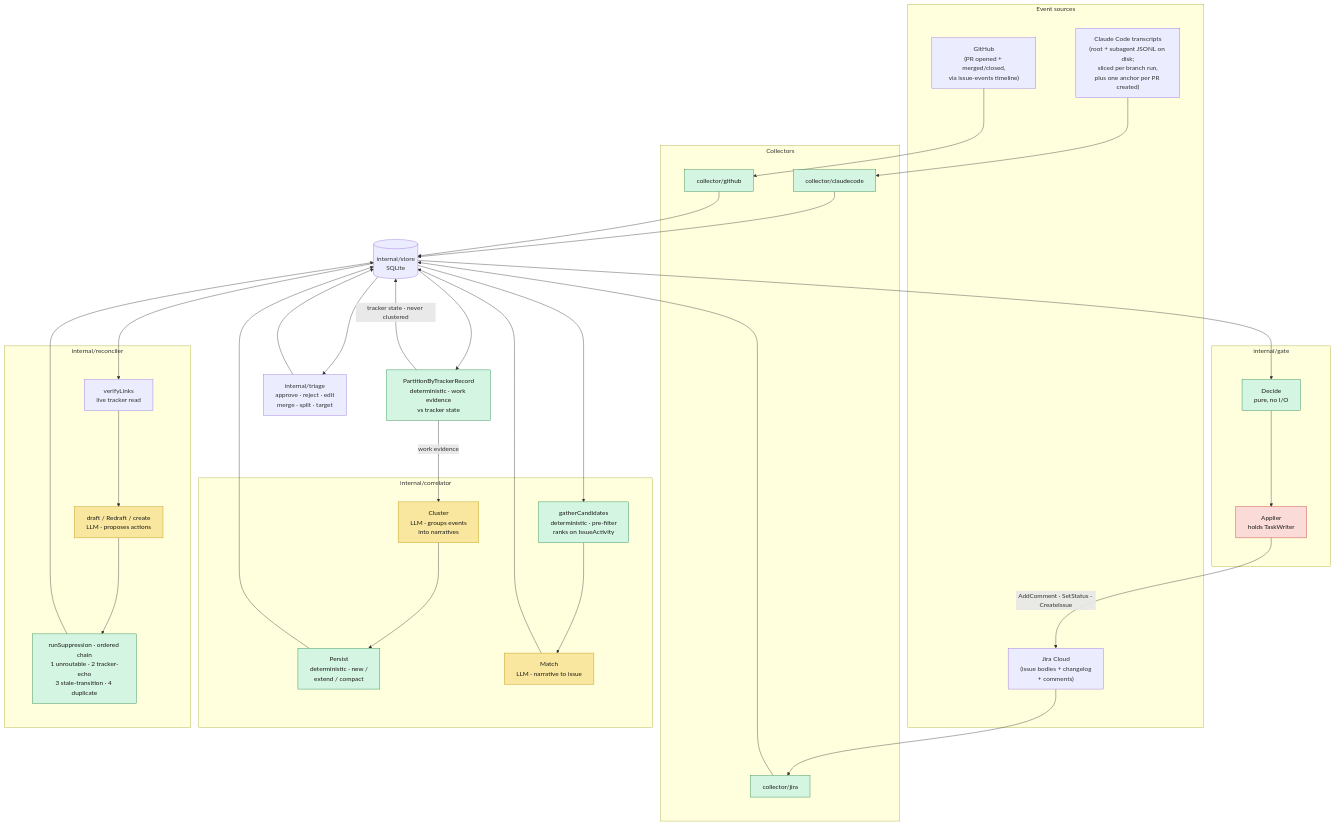
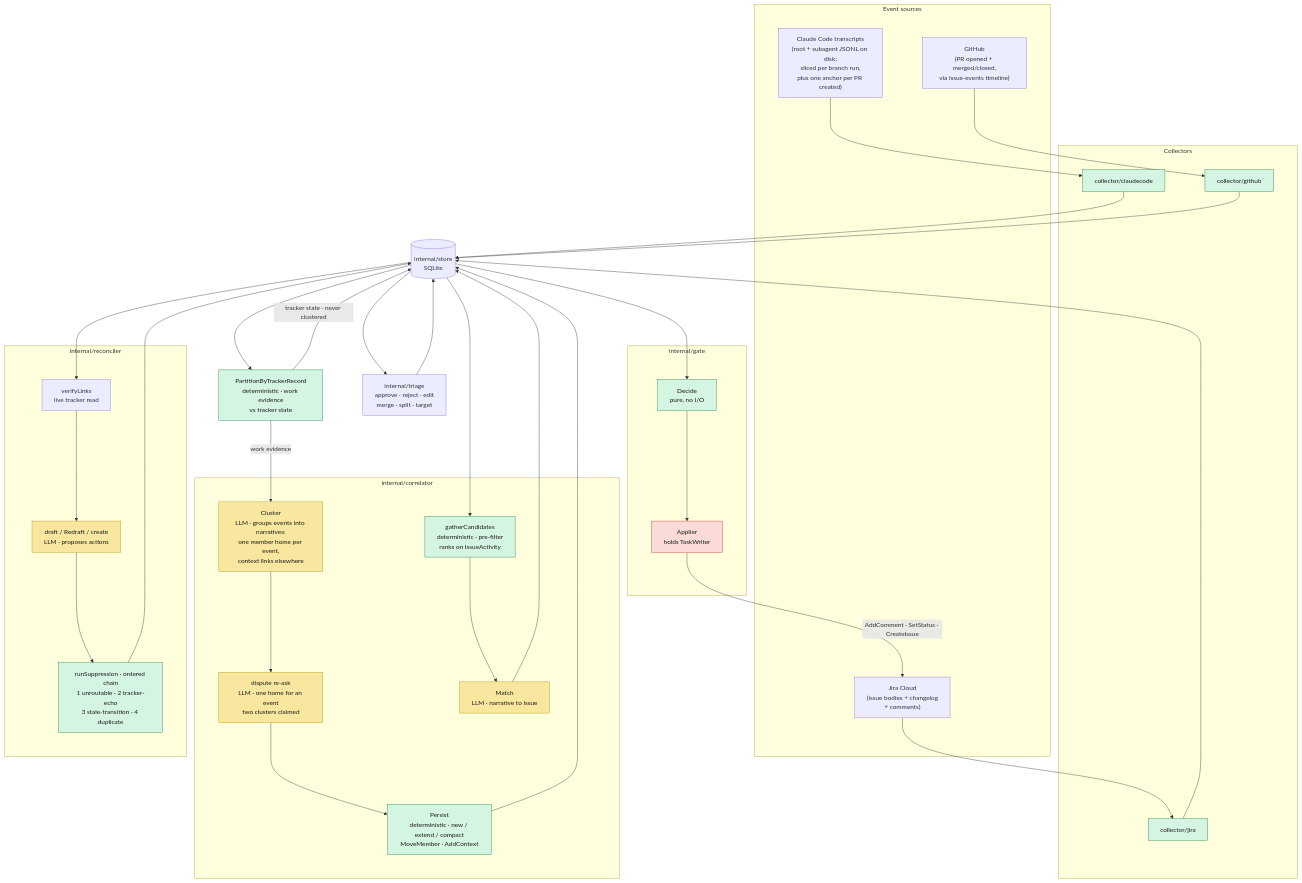
One commit to jcogilvie/unjira changed the first of 4 diagrams in docs/architecture.md. Above: the diagram before and after it, drawn with Mermaid. The commit also changed other lines of this file and 68 other files, not shown here.

First line of the commit message:
correlator: member and context links — shared-context slice 1 (gate passed; inert until the model sees evidence) (#83)

````diff
--- a/docs/architecture.md
+++ b/docs/architecture.md
@@ -42,60 +42,61 @@
 ```mermaid
 ---
 config:
   nodeSpacing: 100
   rankSpacing: 120
 ---
 flowchart TB
     subgraph sources["Event sources"]
         CC["Claude Code transcripts<br/>(root + subagent JSONL on disk;<br/>sliced per branch run,<br/>plus one anchor per PR created)"]
         JIRA["Jira Cloud<br/>(issue bodies + changelog<br/>+ comments)"]
         GH["GitHub<br/>(PR opened + merged/closed,<br/>via issue-events timeline)"]
     end
 
     subgraph collectors["Collectors"]
         CCC["collector/claudecode"]
         JC["collector/jira"]
         GHC["collector/github"]
     end
 
     STORE[("internal/store<br/>SQLite")]
 
     SPLIT["PartitionByTrackerRecord<br/>deterministic · work evidence<br/>vs tracker state"]
 
     subgraph correlate["internal/correlator"]
-        CLUSTER["Cluster<br/>LLM · groups events<br/>into narratives"]
-        PERSIST["Persist<br/>deterministic · new /<br/>extend / compact"]
+        CLUSTER["Cluster<br/>LLM · groups events into narratives:<br/>one member home per event,<br/>context links elsewhere"]
+        DISPUTE["dispute re-ask<br/>LLM · one home for an event<br/>two clusters claimed"]
+        PERSIST["Persist<br/>deterministic · new / extend / compact<br/>MoveMember · AddContext"]
         CAND["gatherCandidates<br/>deterministic · pre-filter<br/>ranks on IssueActivity"]
         MATCH["Match<br/>LLM · narrative to issue"]
     end
 
     subgraph reconcile["internal/reconciler"]
         VERIFY["verifyLinks<br/>live tracker read"]
         DRAFT["draft / Redraft / create<br/>LLM · proposes actions"]
         FILTERS["runSuppression · ordered chain<br/>1 unroutable · 2 tracker-echo<br/>3 stale-transition · 4 duplicate"]
     end
 
     TRIAGE["internal/triage<br/>approve · reject · edit<br/>merge · split · target"]
 
     subgraph write["internal/gate"]
         DECIDE["Decide<br/>pure, no I/O"]
         APPLY["Applier<br/>holds TaskWriter"]
     end
 
     CC --> CCC --> STORE
     JIRA --> JC --> STORE
     GH --> GHC --> STORE
-    STORE --> SPLIT -->|"work evidence"| CLUSTER --> PERSIST --> STORE
+    STORE --> SPLIT -->|"work evidence"| CLUSTER --> DISPUTE --> PERSIST --> STORE
     SPLIT -->|"tracker state · never clustered"| STORE
     STORE --> CAND --> MATCH --> STORE
     STORE --> VERIFY --> DRAFT --> FILTERS --> STORE
     STORE --> TRIAGE --> STORE
     STORE --> DECIDE --> APPLY -->|"AddComment · SetStatus · CreateIssue"| JIRA
 
     classDef llm fill:#f9e79f,stroke:#b7950b,color:#1a1a1a
     classDef det fill:#d5f5e3,stroke:#1e8449,color:#1a1a1a
     classDef danger fill:#fadbd8,stroke:#c0392b,color:#1a1a1a
-    class CLUSTER,MATCH,DRAFT llm
+    class CLUSTER,DISPUTE,MATCH,DRAFT llm
     class CCC,JC,GHC,PERSIST,CAND,FILTERS,DECIDE,SPLIT det
     class APPLY danger
 ```
````
